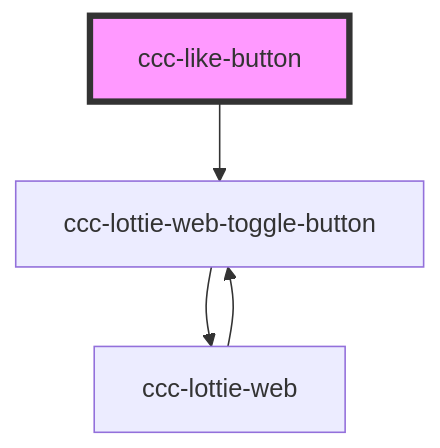
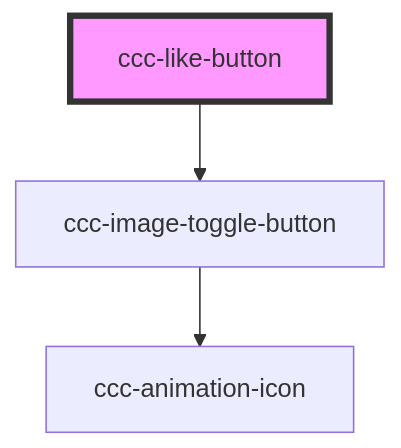
Before and after one commit to BioforestChain/web-components: the diagram in src/components/button/readme.md, drawn with Mermaid. The commit also changed other lines of this file and 40 other files, not shown here.

````diff
--- a/src/components/button/readme.md
+++ b/src/components/button/readme.md
@@ -26,7 +27,6 @@
 ```mermaid
 graph TD;
-  ccc-like-button --> ccc-lottie-web-toggle-button
-  ccc-lottie-web-toggle-button --> ccc-lottie-web
-  ccc-lottie-web --> ccc-lottie-web-toggle-button
+  ccc-like-button --> ccc-image-toggle-button
+  ccc-image-toggle-button --> ccc-animation-icon
   style ccc-like-button fill:#f9f,stroke:#333,stroke-width:4px
 ```
````
